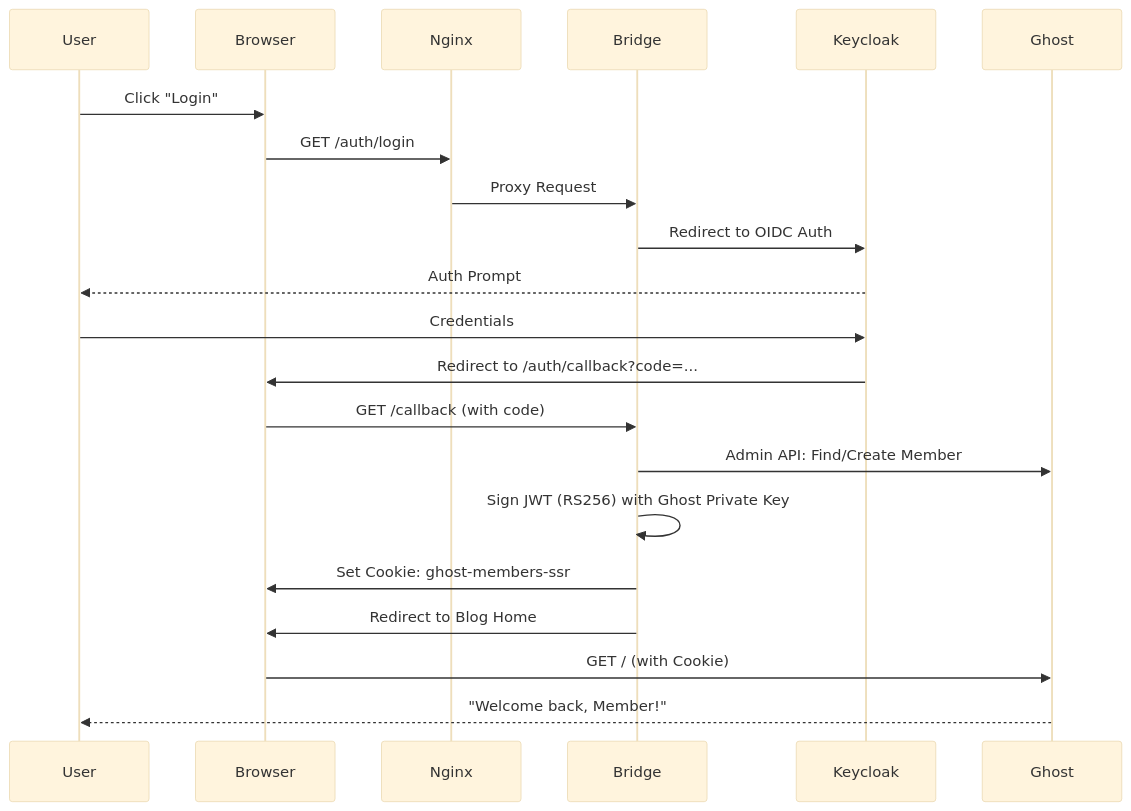
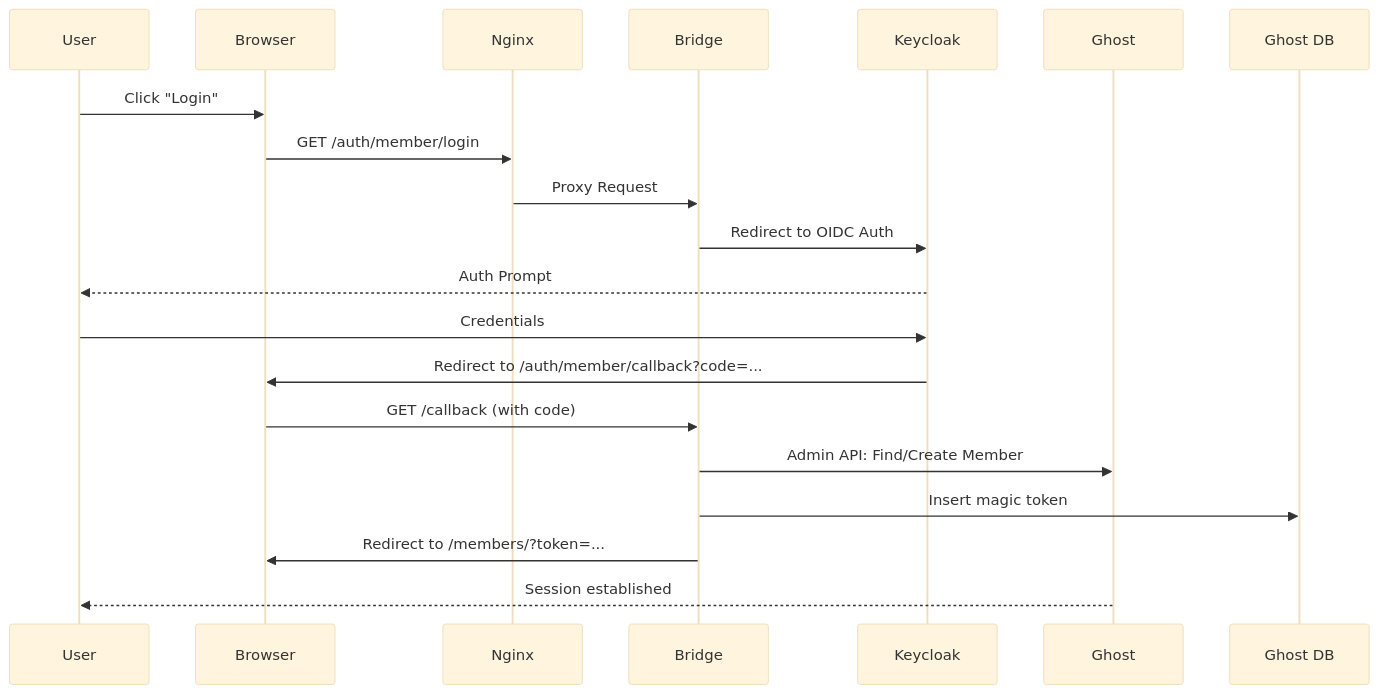
One commit to Astocanthus/ghost-keycloak-bridge changed the first of 2 diagrams in README.md. Above: the diagram before and after it, drawn with Mermaid (base theme). The commit also changed other lines of this file, not shown here.

````diff
--- a/README.md
+++ b/README.md
@@ -28,24 +54,22 @@
 ```mermaid
 sequenceDiagram
     participant User
     participant Browser
     participant Nginx
     participant Bridge
     participant Keycloak
     participant Ghost
 
     User->>Browser: Click "Login"
-    Browser->>Nginx: GET /auth/login
+    Browser->>Nginx: GET /auth/member/login
     Nginx->>Bridge: Proxy Request
     Bridge->>Keycloak: Redirect to OIDC Auth
     Keycloak-->>User: Auth Prompt
     User->>Keycloak: Credentials
-    Keycloak->>Browser: Redirect to /auth/callback?code=...
+    Keycloak->>Browser: Redirect to /auth/member/callback?code=...
     Browser->>Bridge: GET /callback (with code)
     Bridge->>Ghost: Admin API: Find/Create Member
-    Bridge->>Bridge: Sign JWT (RS256) with Ghost Private Key
-    Bridge->>Browser: Set Cookie: ghost-members-ssr
-    Bridge->>Browser: Redirect to Blog Home
-    Browser->>Ghost: GET / (with Cookie)
-    Ghost-->>User: "Welcome back, Member!"
+    Bridge->>Ghost DB: Insert magic token
+    Bridge->>Browser: Redirect to /members/?token=...
+    Ghost-->>User: Session established
 ```
````
